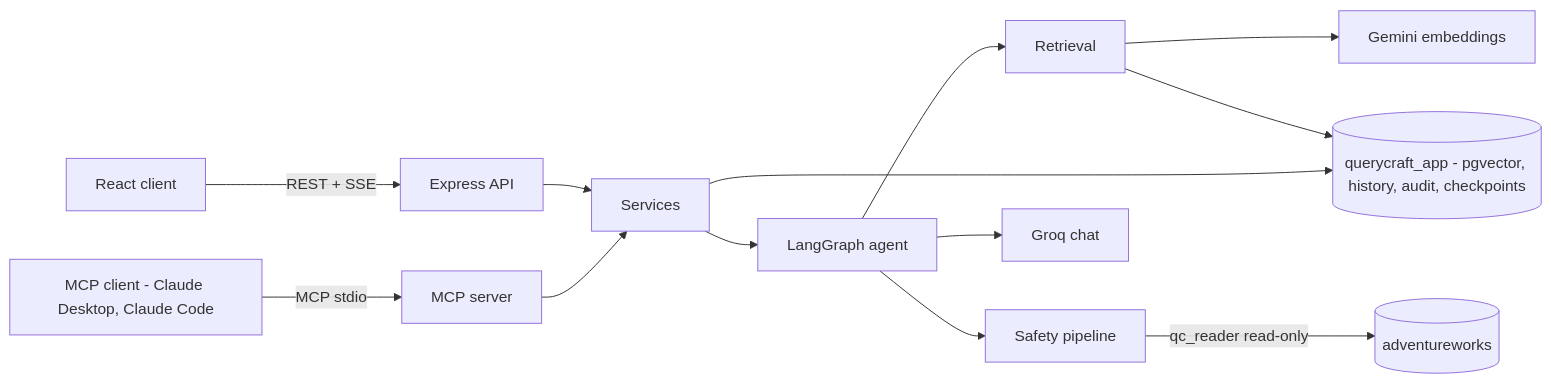
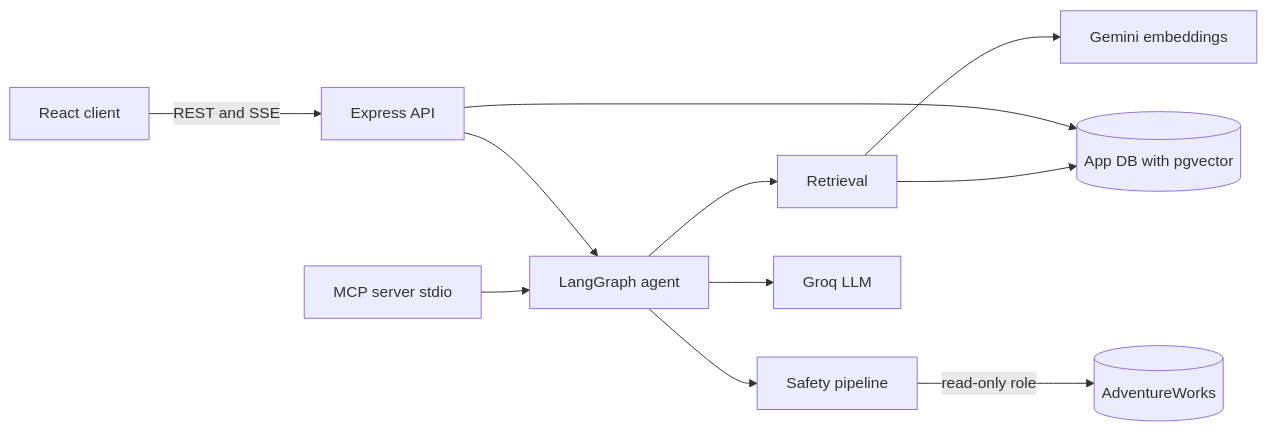
One commit to RAJDEEKSHITH/querycraft changed the first of 5 diagrams in README.md. Above: the diagram before and after it, drawn with Mermaid. The commit also changed other lines of this file and 3 other files, not shown here.

````diff
--- a/README.md
+++ b/README.md
@@ -24,15 +43,13 @@
 ```mermaid
 flowchart LR
-  U[React client] -->|REST + SSE| API[Express API]
-  MC[MCP client - Claude Desktop, Claude Code] -->|MCP stdio| MCP[MCP server]
-  API --> SVC[Services]
-  MCP --> SVC
-  SVC --> AG[LangGraph agent]
+  UI[React client] -->|REST and SSE| API[Express API]
+  MCP[MCP server stdio] --> AG
+  API --> AG[LangGraph agent]
   AG --> RET[Retrieval]
   AG --> SAFE[Safety pipeline]
-  AG --> LLM[Groq chat]
+  AG --> LLM[Groq LLM]
   RET --> EMB[Gemini embeddings]
-  RET --> APPDB[(querycraft_app - pgvector, history, audit, checkpoints)]
-  SVC --> APPDB
-  SAFE -->|qc_reader read-only| DATA[(adventureworks)]
+  RET --> APP[(App DB with pgvector)]
+  API --> APP
+  SAFE -->|read-only role| DATA[(AdventureWorks)]
 ```
````
